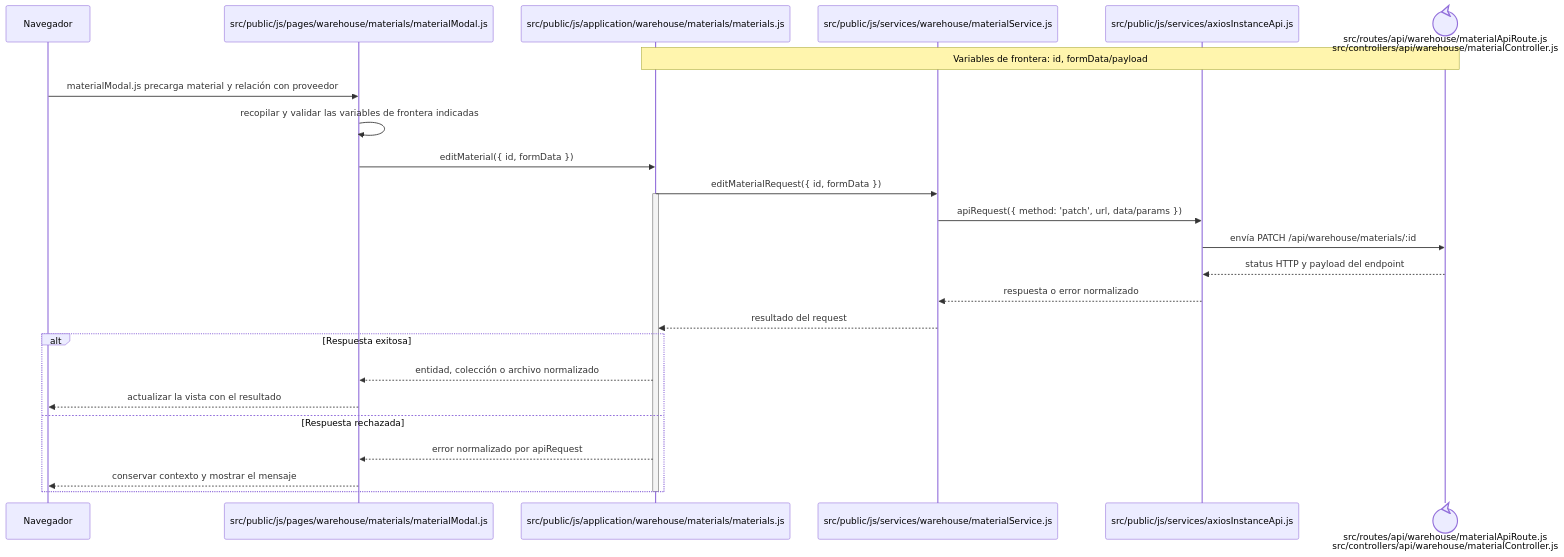
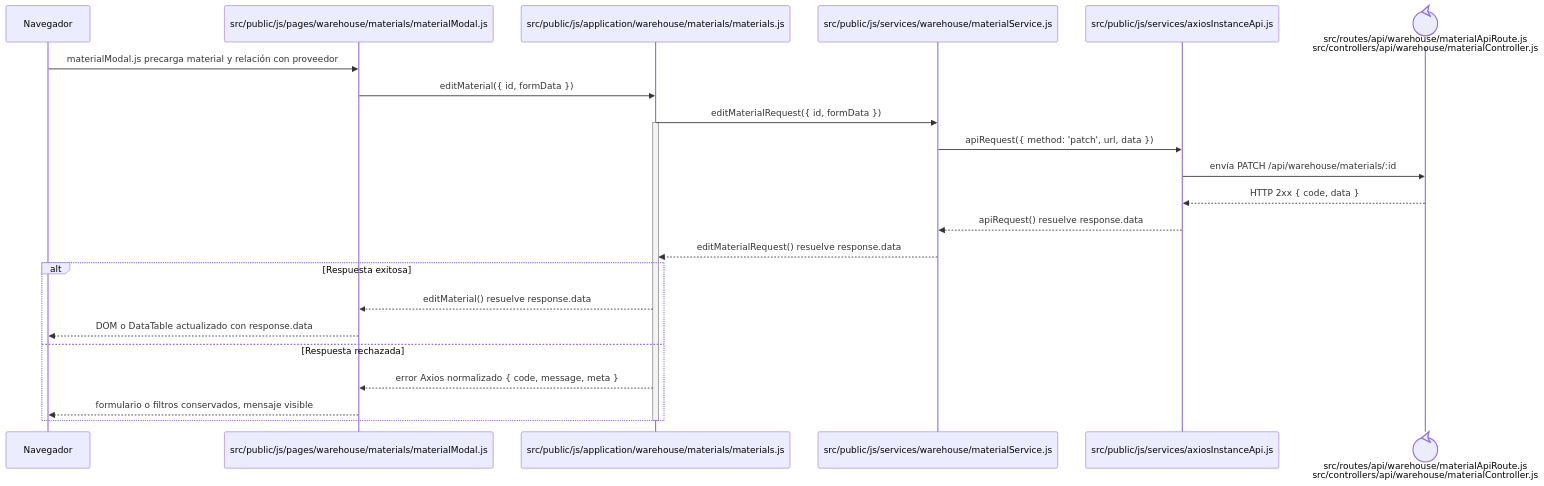
The diagram in docs/architecture/frontend-code-sequences/catalogs/cu-alm-03.md (gpgsistemas01/nexus), drawn with Mermaid before and after one commit. The commit also changed 148 other files, not shown here.

````diff
--- a/docs/architecture/frontend-code-sequences/catalogs/cu-alm-03.md
+++ b/docs/architecture/frontend-code-sequences/catalogs/cu-alm-03.md
@@ -6,29 +6,27 @@
 ```mermaid
 sequenceDiagram
     participant Browser as Navegador
     participant View as src/public/js/pages/warehouse/materials/materialModal.js
     participant Application as src/public/js/application/warehouse/materials/materials.js
     participant Request as src/public/js/services/warehouse/materialService.js
     participant HTTP as src/public/js/services/axiosInstanceApi.js
     participant Transport@{ "type": "control" } as src/routes/api/warehouse/materialApiRoute.js<br/>src/controllers/api/warehouse/materialController.js
-    Note over Application,Transport: Variables de frontera: id, formData/payload
 
     Browser->>View: materialModal.js precarga material y relación con proveedor
-    View->>View: recopilar y validar las variables de frontera indicadas
     View->>Application: editMaterial({ id, formData })
     Application->>Request: editMaterialRequest({ id, formData })
     activate Application
-    Request->>HTTP: apiRequest({ method: 'patch', url, data/params })
+    Request->>HTTP: apiRequest({ method: 'patch', url, data })
     HTTP->>Transport: envía PATCH /api/warehouse/materials/:id
-    Transport-->>HTTP: status HTTP y payload del endpoint
-    HTTP-->>Request: respuesta o error normalizado
-    Request-->>Application: resultado del request
+    Transport-->>HTTP: HTTP 2xx { code, data }
+    HTTP-->>Request: apiRequest() resuelve response.data
+    Request-->>Application: editMaterialRequest() resuelve response.data
     alt Respuesta exitosa
-        Application-->>View: entidad, colección o archivo normalizado
-        View-->>Browser: actualizar la vista con el resultado
+        Application-->>View: editMaterial() resuelve response.data
+        View-->>Browser: DOM o DataTable actualizado con response.data
     else Respuesta rechazada
-        Application-->>View: error normalizado por apiRequest
-        View-->>Browser: conservar contexto y mostrar el mensaje
+        Application-->>View: error Axios normalizado { code, message, meta }
+        View-->>Browser: formulario o filtros conservados, mensaje visible
     end
     deactivate Application
 ```
````
